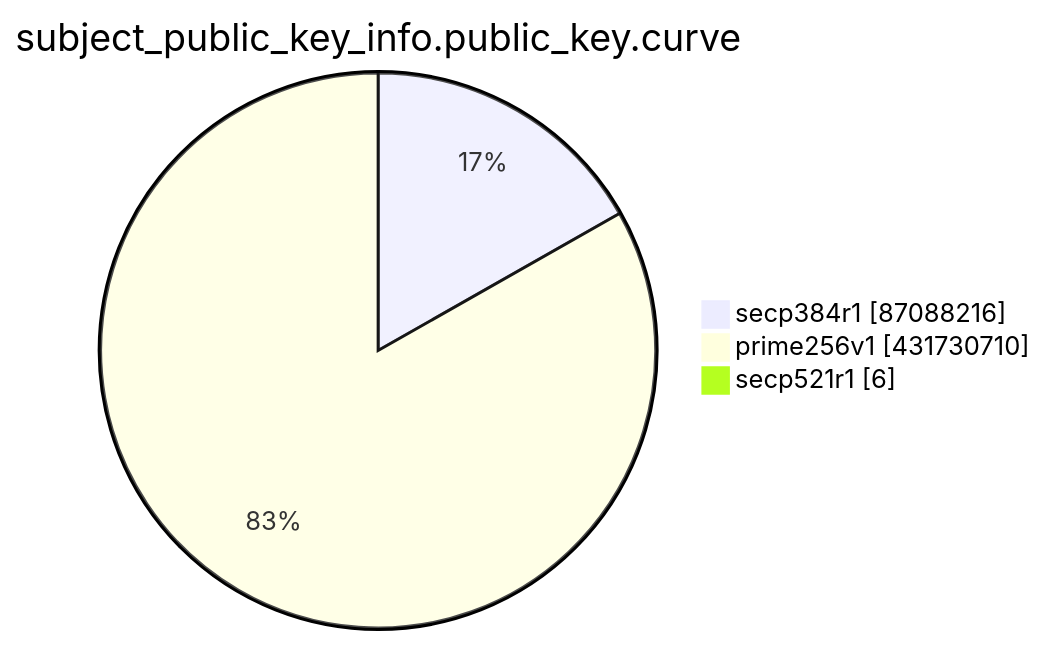
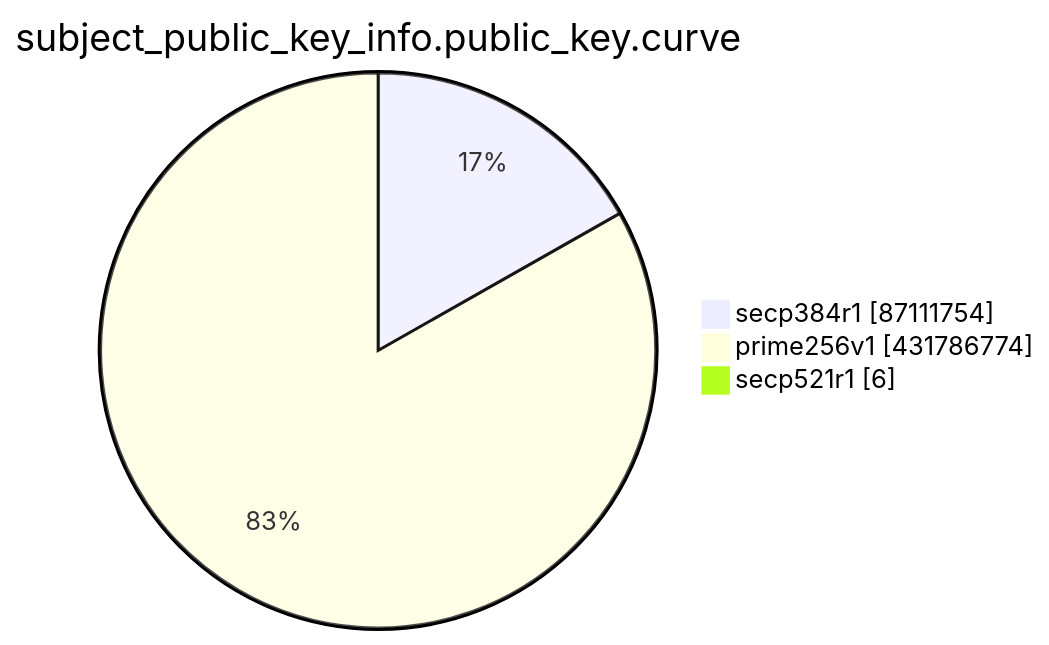
The eighth of 15 diagrams in TOTAL/README.md (christiankrug/ctmonitor_visualization), drawn with Mermaid before and after one commit. The commit also changed other lines of this file, not shown here.

````diff
--- a/TOTAL/README.md
+++ b/TOTAL/README.md
@@ -3100,7 +3100,7 @@
 ```mermaid
 pie showData
 title subject_public_key_info.public_key.curve
-"secp384r1" :87088216
-"prime256v1" :431730710
+"secp384r1" :87111754
+"prime256v1" :431786774
 "secp521r1" :6
 ```
````
